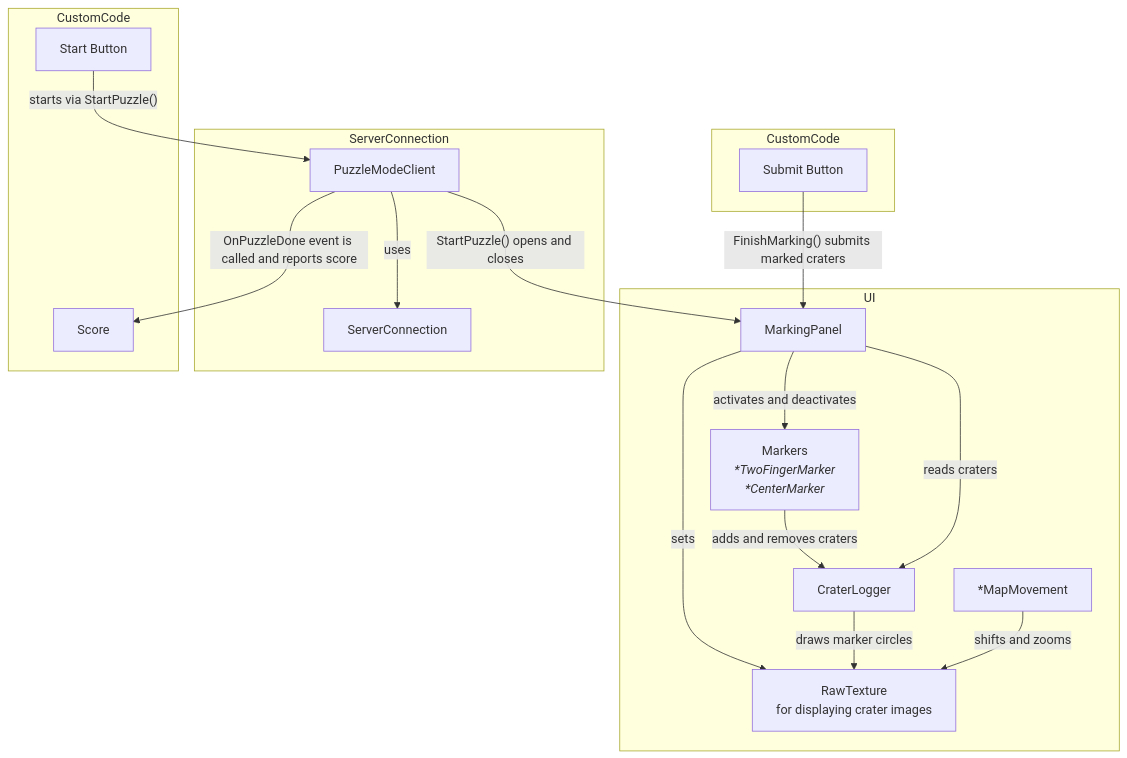
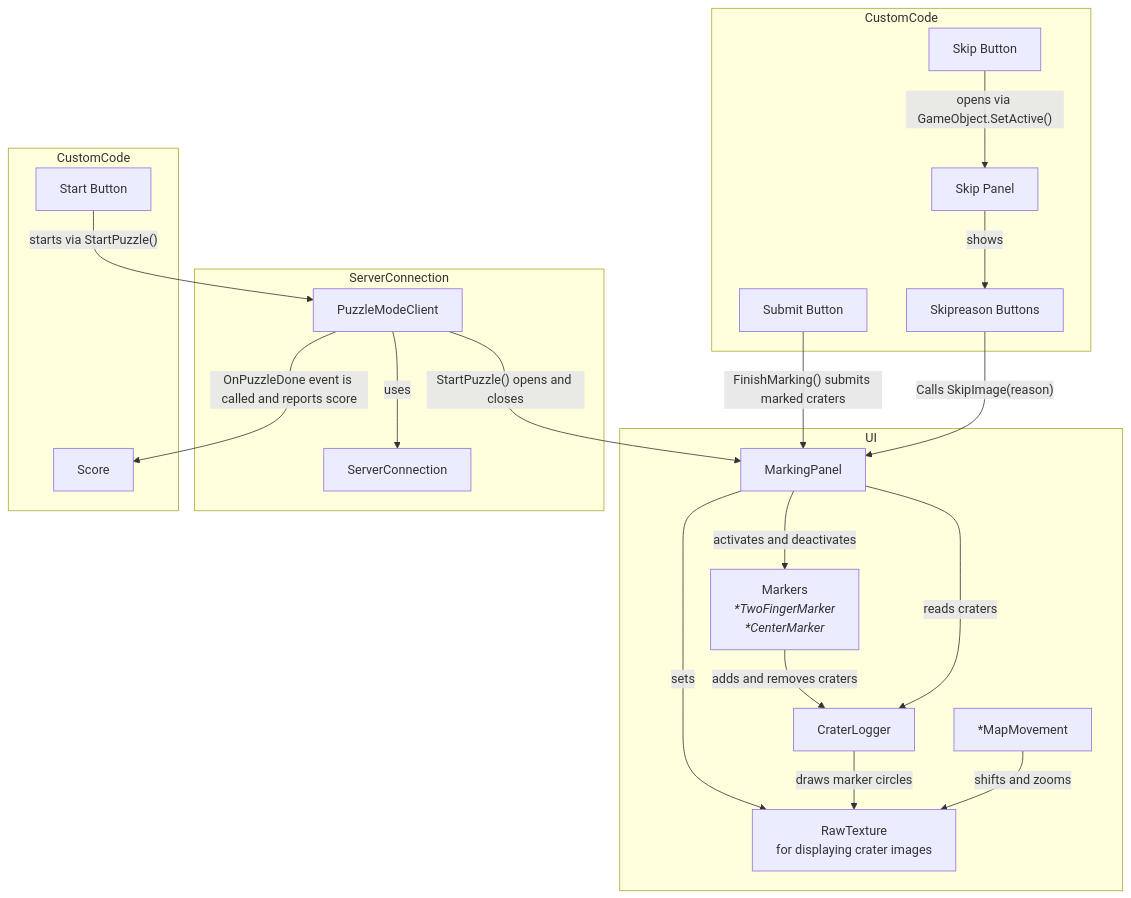
The diagram in Readme.md (littleBugHunter/esa-gamification-unity), drawn with Mermaid before and after one commit. The commit also changed 25 other files, not shown here.

````diff
--- a/Readme.md
+++ b/Readme.md
@@ -101,33 +101,39 @@
 ```mermaid
 graph
     subgraph UI [UI]
     MP[MarkingPanel]
     M[Markers<br/><i>*TwoFingerMarker</i><br><i>*CenterMarker</i>]
     CL[CraterLogger]
     RT[RawTexture<br>for displaying crater images]
     MM[*MapMovement]
     end
     subgraph ServerConnection [ServerConnection]
     SC[ServerConnection]
     PMC[PuzzleModeClient]
     end
     subgraph CustomCode [CustomCode]
     BTN_Start[Start Button]
     SCORE[Score]
     end
     subgraph CustomCode2 [CustomCode]
     BTN_Submit[Submit Button]
+    BTN_Skip[Skip Button]
+    PNL_Skip[Skip Panel]
+    BTN_SkipReason[Skipreason Buttons]
     end
     
     PMC-->|uses| SC
     BTN_Start-->|"starts via StartPuzzle()"| PMC
     PMC-->|"StartPuzzle() opens and closes"| MP
     MP-->|activates and deactivates| M
     MP-->|sets|RT
     CL-->|draws marker circles|RT
     M-->|adds and removes craters|CL
     MP-->|reads craters|CL
     MM-->|shifts and zooms|RT
     BTN_Submit-->|"FinishMarking() submits marked craters"|MP
     PMC-->|"OnPuzzleDone event is called and reports score"|SCORE
+    BTN_Skip-->|"opens via GameObject.SetActive()"|PNL_Skip
+    PNL_Skip-->|"shows"| BTN_SkipReason
+    BTN_SkipReason-->|"Calls SkipImage(reason)"|MP
 ```
````
